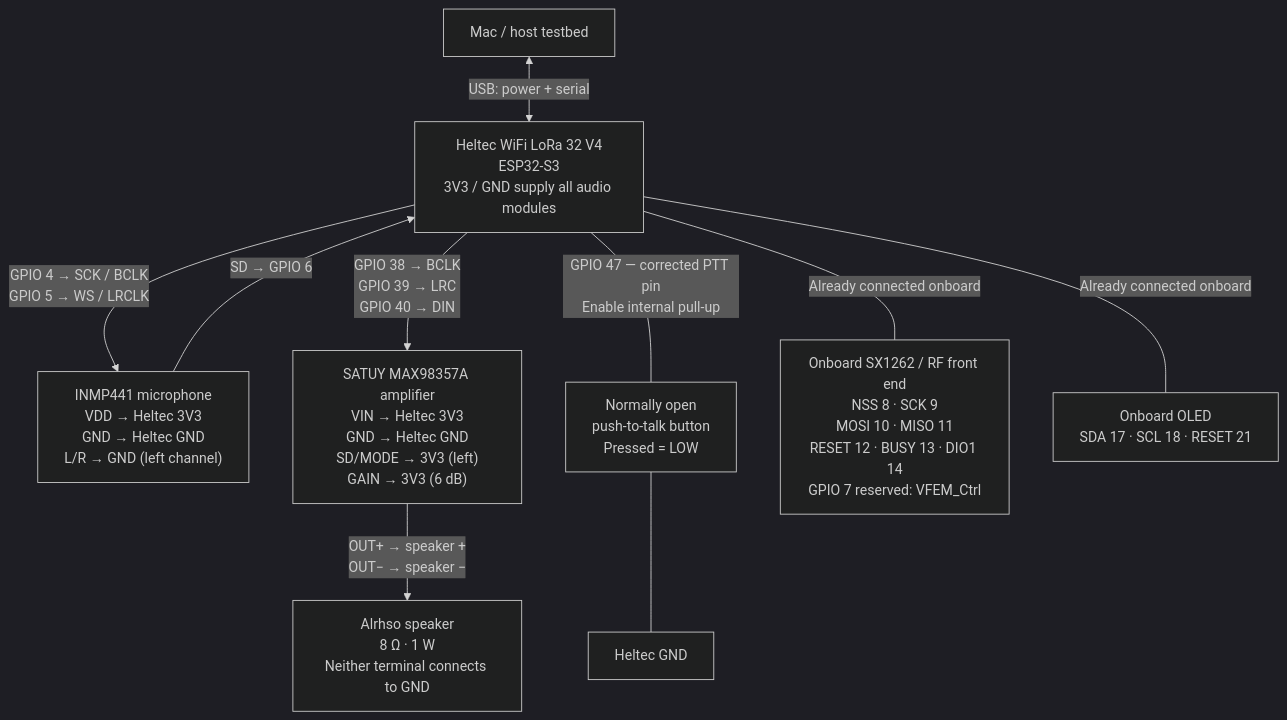
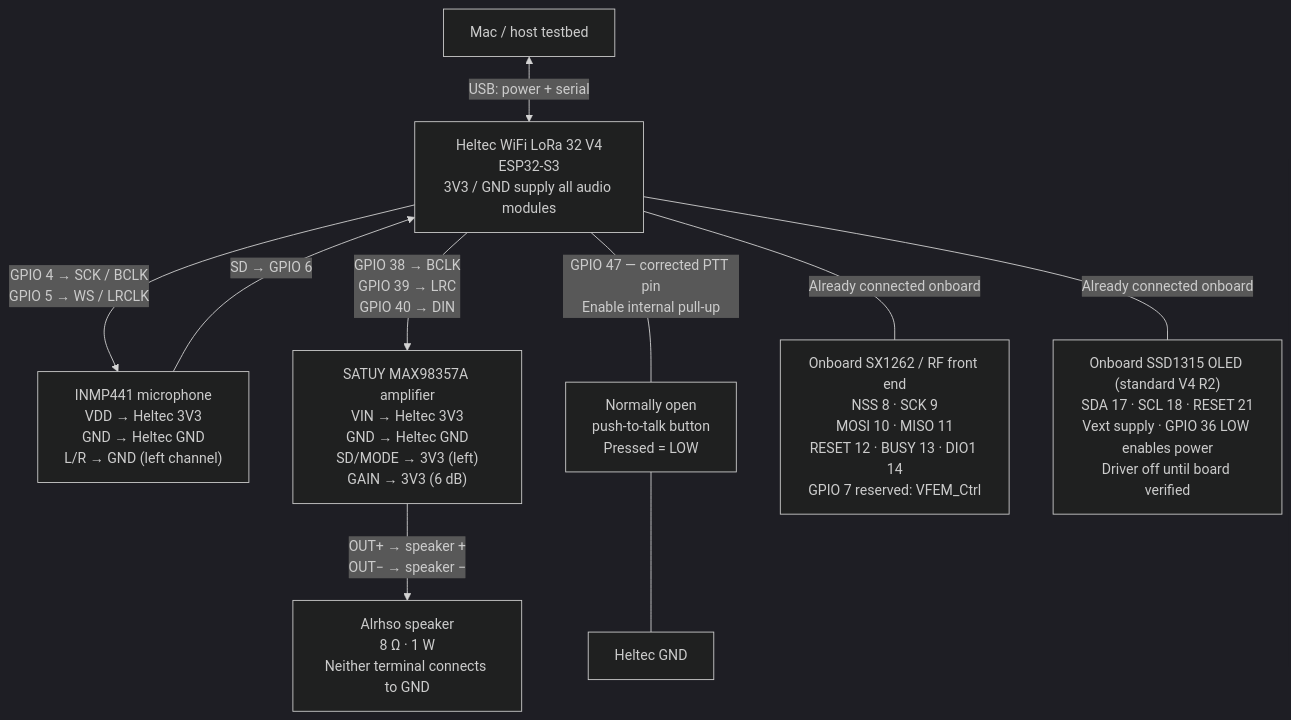
Before and after one commit to angel-vazquez18/ESP_LoRaLab: the diagram in hardware/reference/node-wiring.mmd, drawn with Mermaid (dark theme). The commit also changed 3 other files, not shown here.

Commit message:
docs(hardware): record OLED Vext control and refresh the standard V4 reference

```diff
--- a/hardware/reference/node-wiring.mmd
+++ b/hardware/reference/node-wiring.mmd
@@ -1,19 +1,19 @@
 flowchart TB
     HOST["Mac / host testbed"]
     ESP["Heltec WiFi LoRa 32 V4<br/>ESP32-S3<br/>3V3 / GND supply all audio modules"]
     MIC["INMP441 microphone<br/>VDD → Heltec 3V3<br/>GND → Heltec GND<br/>L/R → GND (left channel)"]
     AMP["SATUY MAX98357A amplifier<br/>VIN → Heltec 3V3<br/>GND → Heltec GND<br/>SD/MODE → 3V3 (left)<br/>GAIN → 3V3 (6 dB)"]
     SPK["Alrhso speaker<br/>8 Ω · 1 W<br/>Neither terminal connects to GND"]
     BTN["Normally open<br/>push-to-talk button<br/>Pressed = LOW"]
     GND["Heltec GND"]
     RADIO["Onboard SX1262 / RF front end<br/>NSS 8 · SCK 9<br/>MOSI 10 · MISO 11<br/>RESET 12 · BUSY 13 · DIO1 14<br/>GPIO 7 reserved: VFEM_Ctrl"]
-    OLED["Onboard OLED<br/>SDA 17 · SCL 18 · RESET 21"]
+    OLED["Onboard SSD1315 OLED (standard V4 R2)<br/>SDA 17 · SCL 18 · RESET 21<br/>Vext supply · GPIO 36 LOW enables power<br/>Driver off until board verified"]
     HOST <-->|"USB: power + serial"| ESP
     ESP -->|"GPIO 4 → SCK / BCLK<br/>GPIO 5 → WS / LRCLK"| MIC
     MIC -->|"SD → GPIO 6"| ESP
     ESP -->|"GPIO 38 → BCLK<br/>GPIO 39 → LRC<br/>GPIO 40 → DIN"| AMP
     AMP -->|"OUT+ → speaker +<br/>OUT− → speaker −"| SPK
     ESP ---|"GPIO 47 — corrected PTT pin<br/>Enable internal pull-up"| BTN
     BTN --- GND
     ESP ---|"Already connected onboard"| RADIO
     ESP ---|"Already connected onboard"| OLED
```
